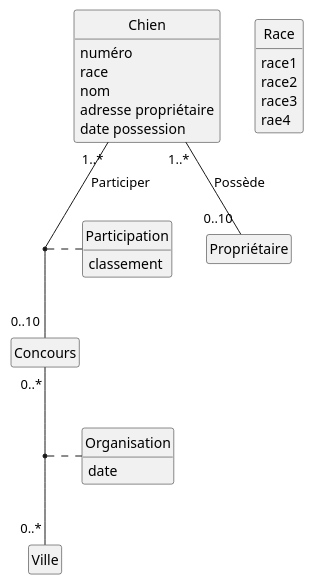
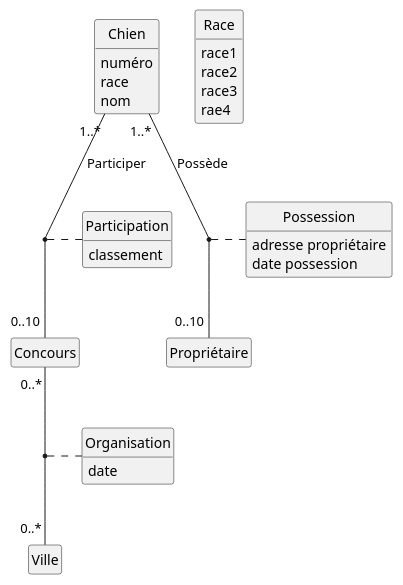
The diagram in TD2/canin.plantuml (IUT-Blagnac/bcoo-LordHugo02), drawn with PlantUML before and after one commit.

```diff
--- a/TD2/canin.plantuml
+++ b/TD2/canin.plantuml
@@ -1,66 +1,72 @@
 @startuml Titre
 '--------------------------------
 ' Parametres pour le dessin
 '--------------------------------
 hide circle
 hide empty members
 hide empty methods
 '--------------------------------
 
 class Chien
 {
     numéro
     race
     nom
-    adresse propriétaire
-    date possession
+   
 
 }
 
 class Propriétaire
 {
 
 
 }
 
 class Race
 {
     race1
     race2
     race3
     rae4
 
 }
 
 class Concours 
 {
 
 
 
 }
 
 class Participation
 {
     classement
 }
 
 class Ville
 {
 
 }
 
 class Organisation
 {
     date
 }
 
+class Possession
+{
+ adresse propriétaire
+    date possession
+}
+
 
 Chien "1..*" -- "0..10" Propriétaire : Possède
 Chien "1..*" -- "0..10" Concours : Participer
 Concours "0..*" -- "0..*" Ville 
 
 (Chien, Concours) . Participation
 (Concours, Ville). Organisation
+(Chien, Propriétaire). Possession
 
 
 @enduml
```
